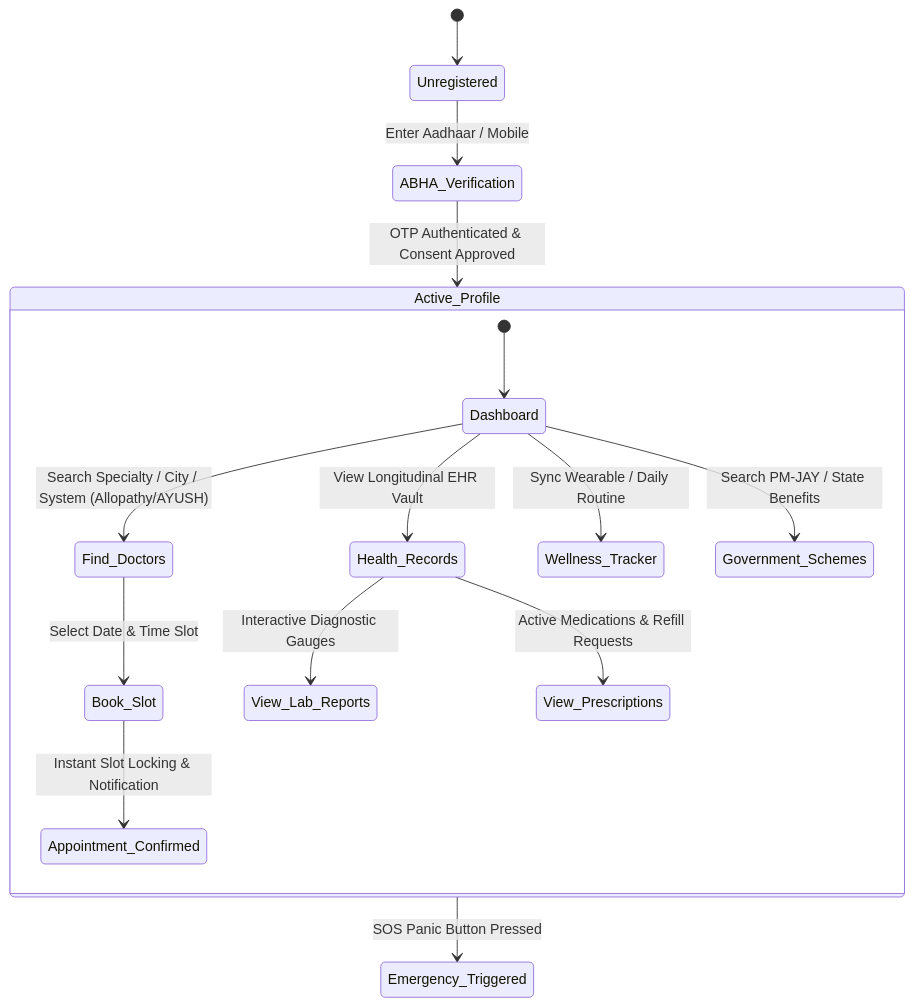
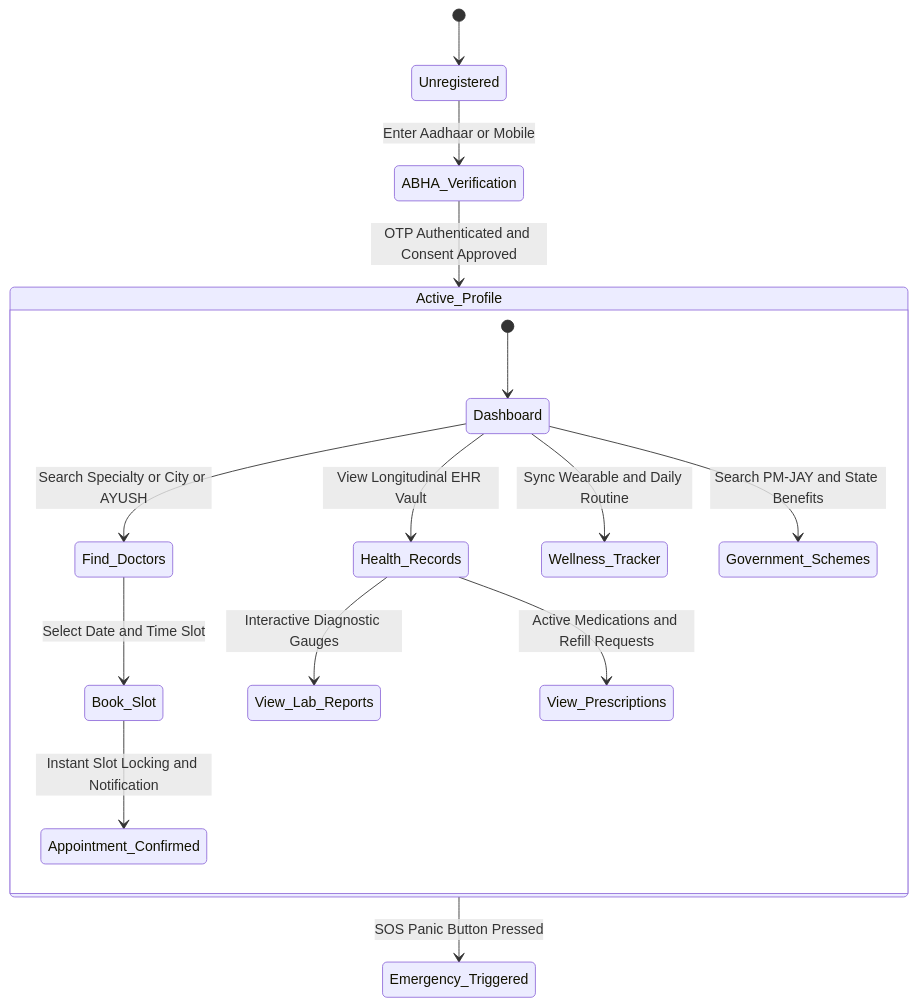
One commit to yashasvi202006/WIDA changed the second of 6 diagrams in README.md. Above: the diagram before and after it, drawn with Mermaid. The commit also changed other lines of this file, not shown here.

Commit message:
fix(docs): eliminate semicolons and special characters across all Mermaid diagrams

````diff
--- a/README.md
+++ b/README.md
@@ -213,22 +213,22 @@
 ```mermaid
 stateDiagram-v2
     [*] --> Unregistered
-    Unregistered --> ABHA_Verification: Enter Aadhaar / Mobile
-    ABHA_Verification --> Active_Profile: OTP Authenticated & Consent Approved
+    Unregistered --> ABHA_Verification: Enter Aadhaar or Mobile
+    ABHA_Verification --> Active_Profile: OTP Authenticated and Consent Approved
     
     state Active_Profile {
         [*] --> Dashboard
-        Dashboard --> Find_Doctors: Search Specialty / City / System (Allopathy/AYUSH)
-        Find_Doctors --> Book_Slot: Select Date & Time Slot
-        Book_Slot --> Appointment_Confirmed: Instant Slot Locking & Notification
+        Dashboard --> Find_Doctors: Search Specialty or City or AYUSH
+        Find_Doctors --> Book_Slot: Select Date and Time Slot
+        Book_Slot --> Appointment_Confirmed: Instant Slot Locking and Notification
         
         Dashboard --> Health_Records: View Longitudinal EHR Vault
         Health_Records --> View_Lab_Reports: Interactive Diagnostic Gauges
-        Health_Records --> View_Prescriptions: Active Medications & Refill Requests
+        Health_Records --> View_Prescriptions: Active Medications and Refill Requests
         
-        Dashboard --> Wellness_Tracker: Sync Wearable / Daily Routine
-        Dashboard --> Government_Schemes: Search PM-JAY / State Benefits
+        Dashboard --> Wellness_Tracker: Sync Wearable and Daily Routine
+        Dashboard --> Government_Schemes: Search PM-JAY and State Benefits
     }
     
     Active_Profile --> Emergency_Triggered: SOS Panic Button Pressed
 ```
````
